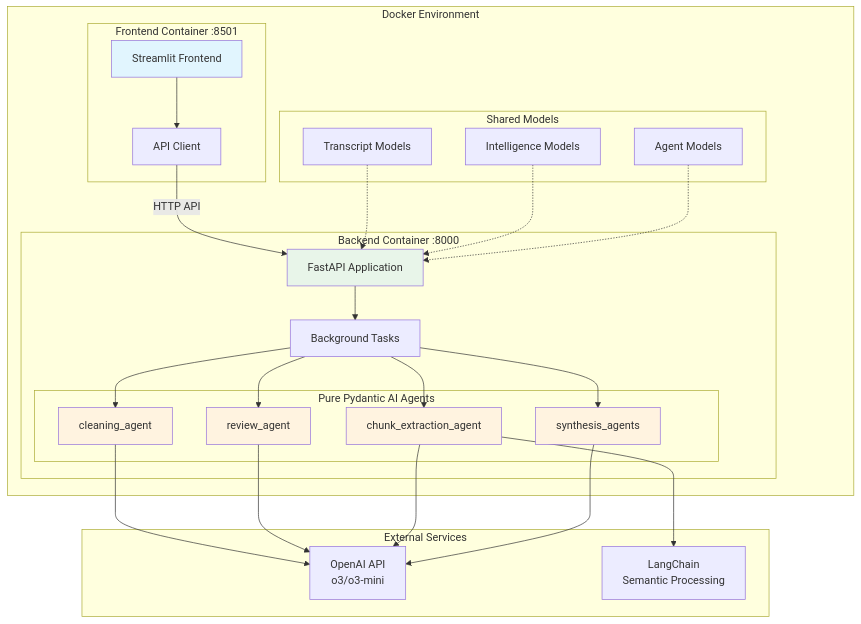
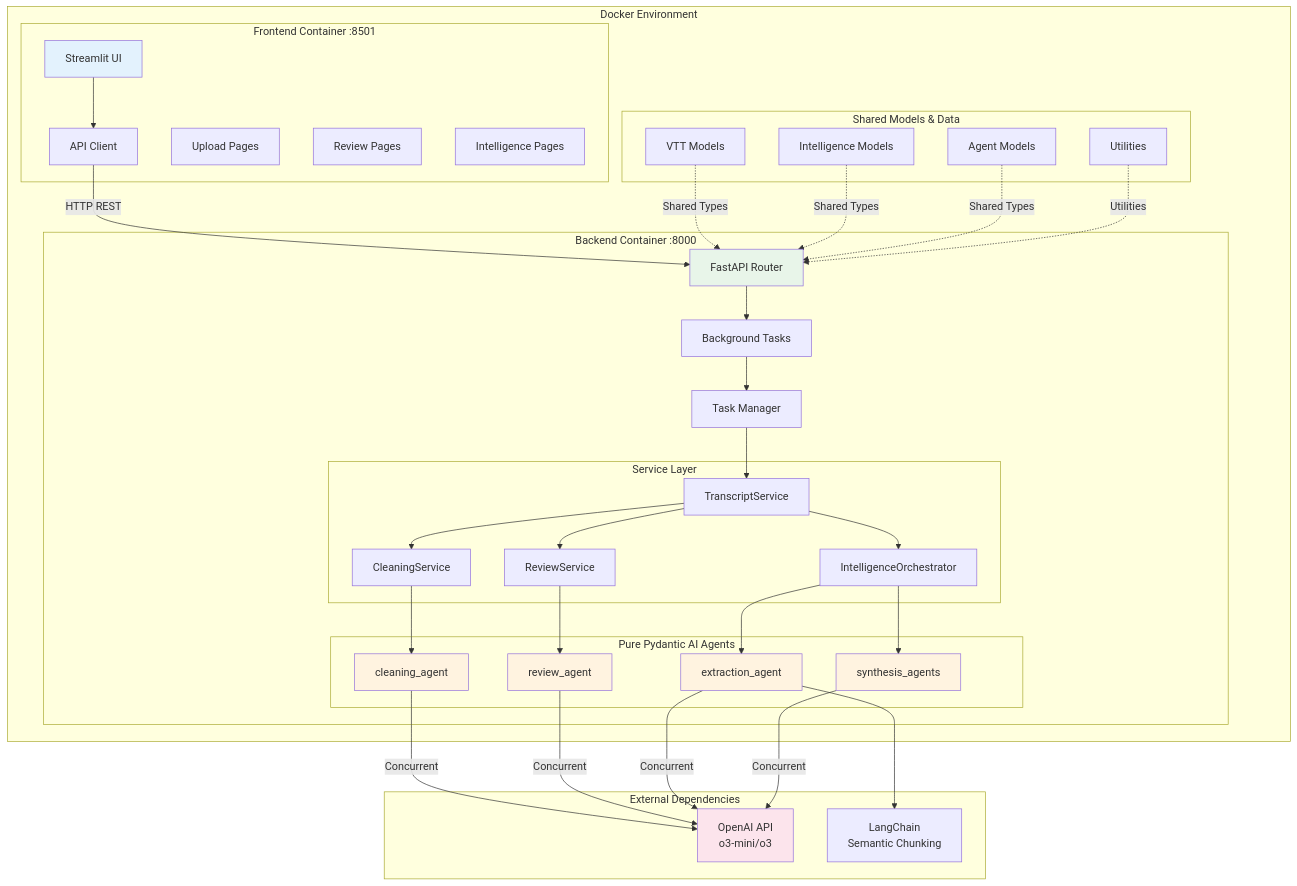
The diagram in README.md (denim-bluu/meeting_transcripts_cleaner), drawn with Mermaid before and after one commit. The commit also changed other lines of this file and 22 other files, not shown here.

````diff
--- a/README.md
+++ b/README.md
@@ -12,56 +102,82 @@
 graph TB
     subgraph "Docker Environment"
         subgraph "Frontend Container :8501"
-            SF[Streamlit Frontend]
+            UI[Streamlit UI]
             AC[API Client]
+            UP[Upload Pages]
+            RP[Review Pages] 
+            IP[Intelligence Pages]
         end
         
         subgraph "Backend Container :8000"
-            FA[FastAPI Application]
+            API[FastAPI Router]
             BT[Background Tasks]
+            TM[Task Manager]
             subgraph "Pure Pydantic AI Agents"
                 CA[cleaning_agent]
                 RA[review_agent]
-                EA[chunk_extraction_agent]
+                EA[extraction_agent]
                 SA[synthesis_agents]
+            end
+            subgraph "Service Layer"
+                TS[TranscriptService]
+                IO[IntelligenceOrchestrator]
+                CS[CleaningService]
+                RS[ReviewService]
             end
         end
         
-        subgraph "Shared Models"
-            TM[Transcript Models]
+        subgraph "Shared Models & Data"
+            VM[VTT Models]
             IM[Intelligence Models]
             AM[Agent Models]
+            UT[Utilities]
         end
     end
     
-    subgraph "External Services"
-        OAI[OpenAI API<br/>o3/o3-mini]
-        LC[LangChain<br/>Semantic Processing]
+    subgraph "External Dependencies"
+        OAI[OpenAI API<br/>o3-mini/o3]
+        LC[LangChain<br/>Semantic Chunking]
     end
     
-    SF --> AC
-    AC -->|HTTP API| FA
-    FA --> BT
-    BT --> CA
-    BT --> RA
-    BT --> EA
-    BT --> SA
+    %% UI Flow
+    UI --> AC
+    AC -->|HTTP REST| API
     
-    CA --> OAI
-    RA --> OAI
-    EA --> OAI
-    SA --> OAI
+    %% Backend Processing
+    API --> BT
+    BT --> TM
+    TM --> TS
+    TS --> CS
+    TS --> RS
+    TS --> IO
+    
+    %% Agent Orchestration  
+    CS --> CA
+    RS --> RA
+    IO --> EA
+    IO --> SA
+    
+    %% External Calls
+    CA -->|Concurrent| OAI
+    RA -->|Concurrent| OAI
+    EA -->|Concurrent| OAI
+    SA -->|Concurrent| OAI
     
     EA --> LC
     
-    TM -.-> FA
-    IM -.-> FA
-    AM -.-> FA
+    %% Data Models
+    VM -.->|Shared Types| API
+    IM -.->|Shared Types| API
+    AM -.->|Shared Types| API
+    UT -.->|Utilities| API
     
-    style SF fill:#e1f5fe
-    style FA fill:#e8f5e9
+    %% Styling
+    style UI fill:#e3f2fd
+    style API fill:#e8f5e9
     style CA fill:#fff3e0
     style RA fill:#fff3e0
     style EA fill:#fff3e0
     style SA fill:#fff3e0
+    style OAI fill:#fce4ec
 ```
````
